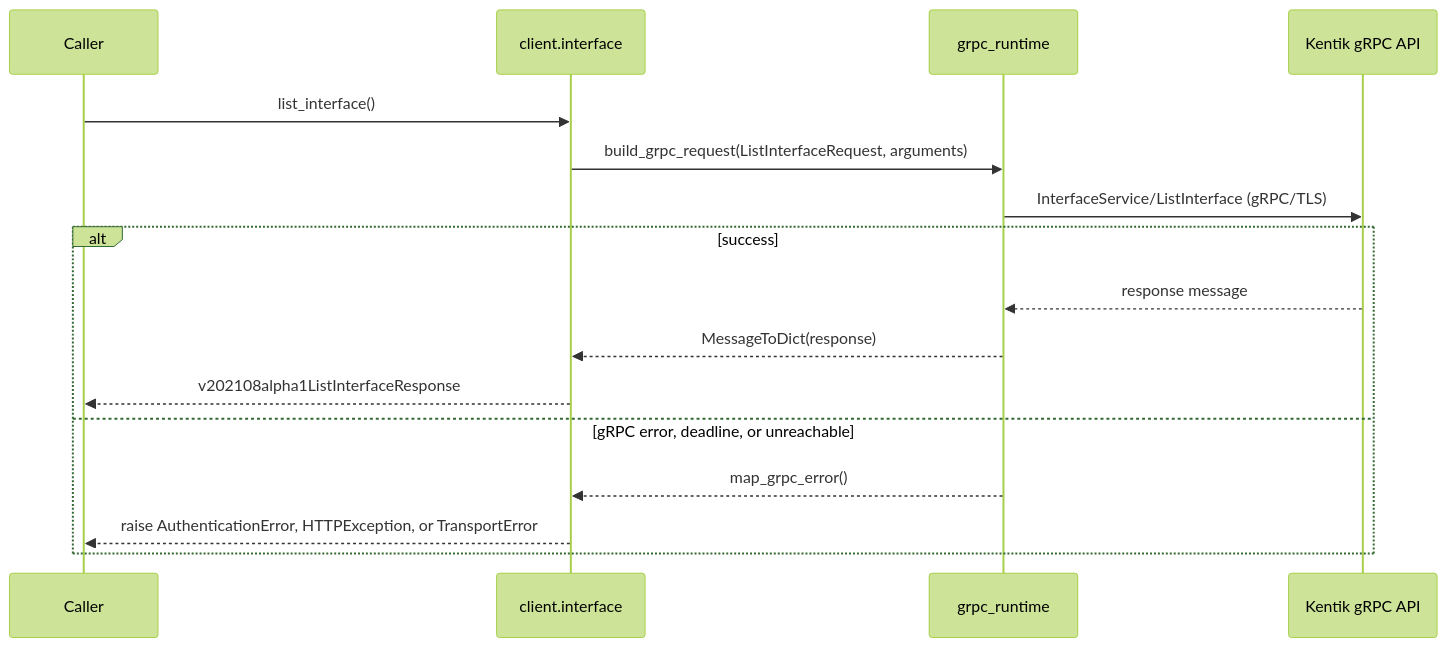
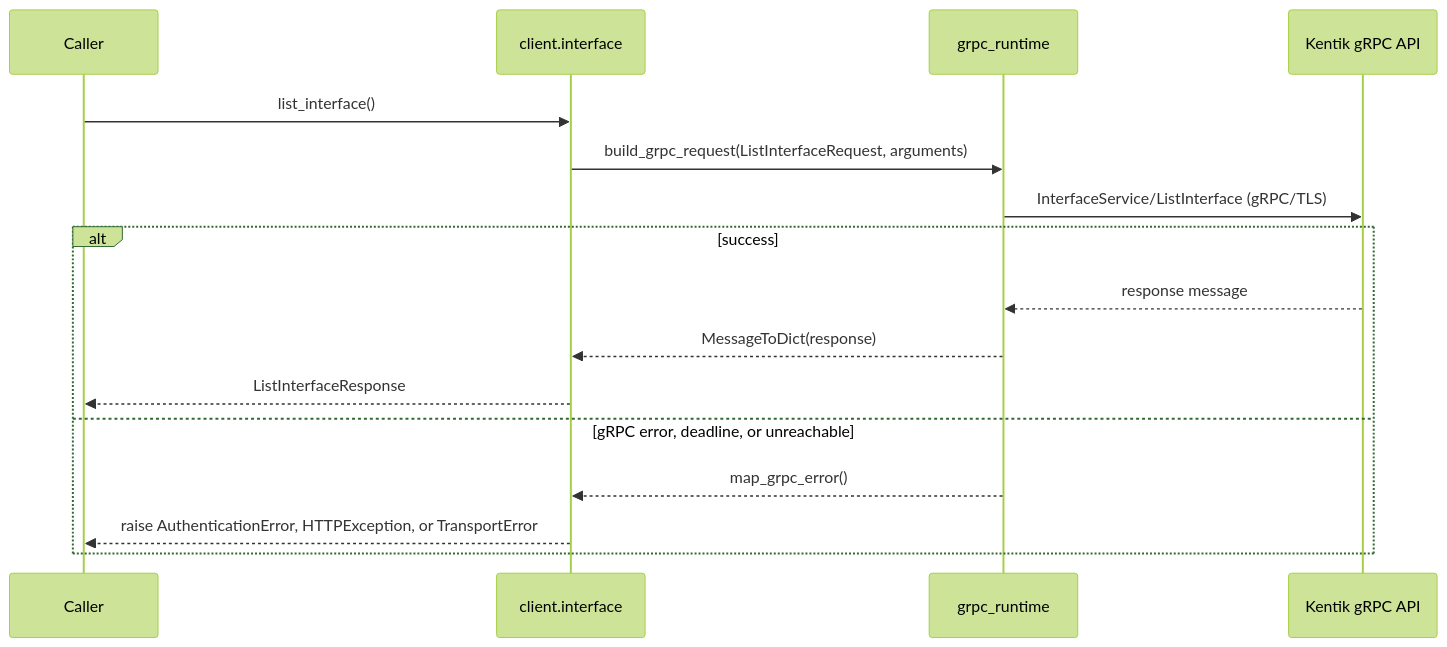
The third of 14 diagrams in docs/sphinx/services/interface.md (alexdearaujo/community_sdk_python), drawn with Mermaid (forest theme) before and after one commit. The commit also changed other lines of this file and 38 other files, not shown here.

````diff
--- a/docs/sphinx/services/interface.md
+++ b/docs/sphinx/services/interface.md
@@ -59,19 +59,19 @@
 ```mermaid
 sequenceDiagram
     participant C as Caller
     participant W as client.interface
     participant R as grpc_runtime
     participant API as Kentik gRPC API
 
     C->>W: list_interface()
     W->>R: build_grpc_request(ListInterfaceRequest, arguments)
     R->>API: InterfaceService/ListInterface (gRPC/TLS)
     alt success
         API-->>R: response message
         R-->>W: MessageToDict(response)
-        W-->>C: v202108alpha1ListInterfaceResponse
+        W-->>C: ListInterfaceResponse
     else gRPC error, deadline, or unreachable
         R-->>W: map_grpc_error()
         W-->>C: raise AuthenticationError, HTTPException, or TransportError
     end
 ```
````
